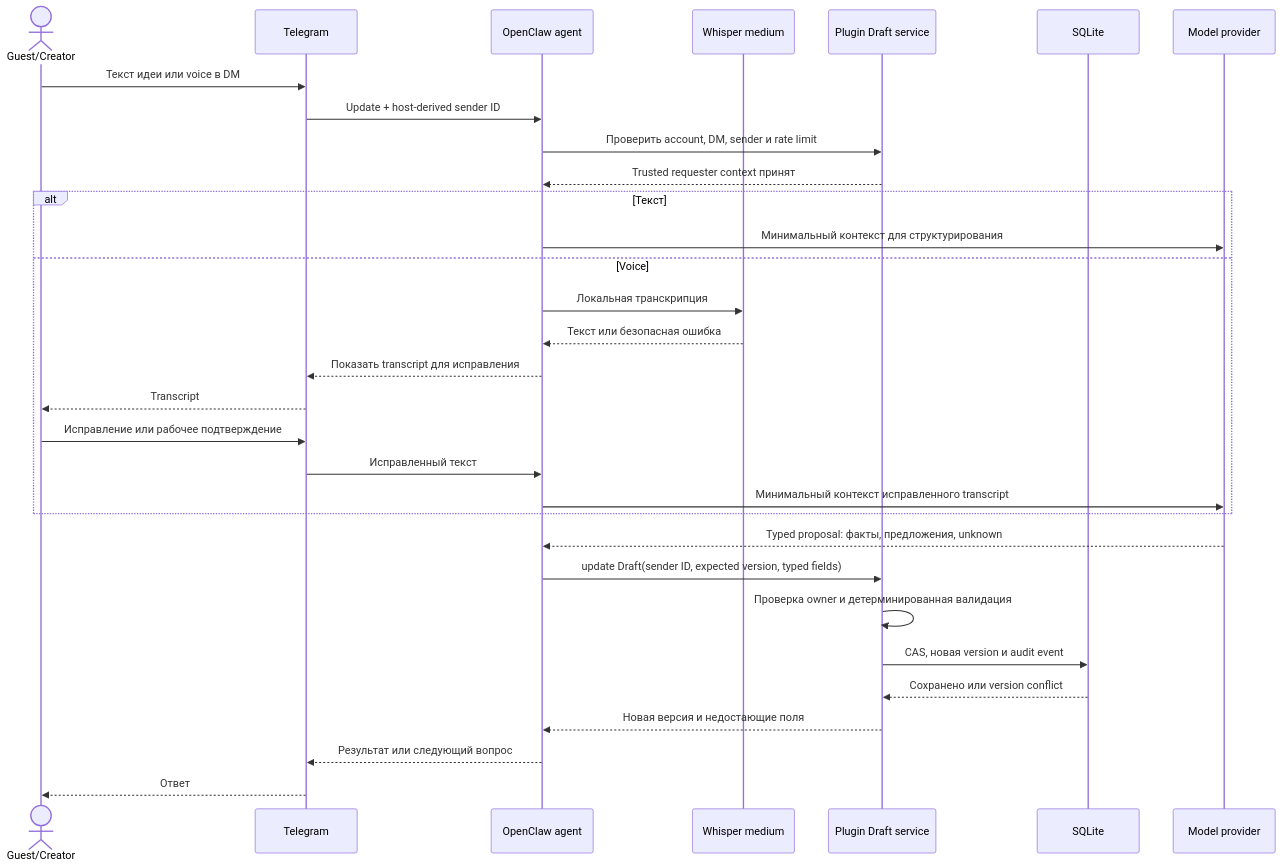
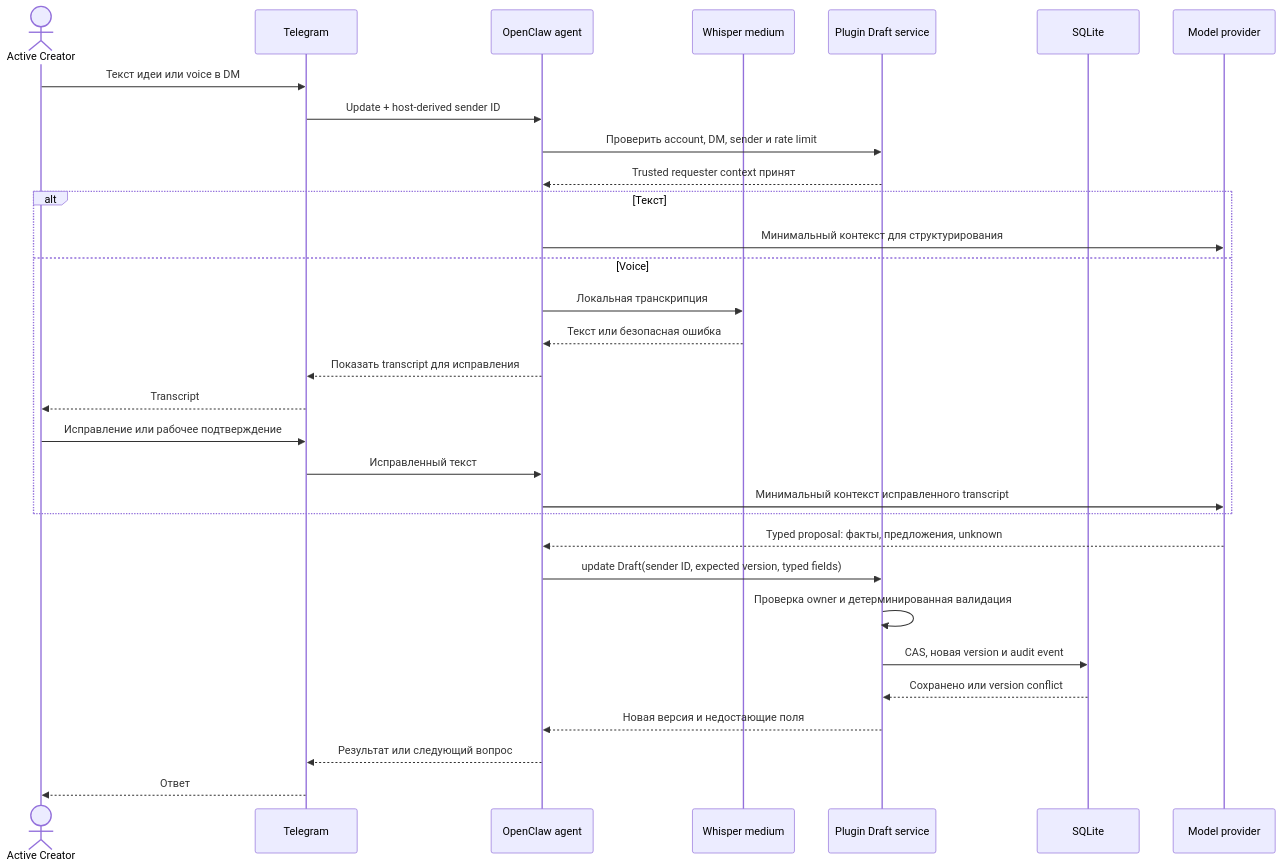
One commit to AI-Agents-account/idea-to-jira changed the fourth of 12 diagrams in ARCHITECTURE.md. Above: the diagram before and after it, drawn with Mermaid. The commit also changed other lines of this file and 24 other files, not shown here.

````diff
--- a/ARCHITECTURE.md
+++ b/ARCHITECTURE.md
@@ -215,34 +217,34 @@
 ```mermaid
 sequenceDiagram
-    actor U as Guest/Creator
+    actor U as Active Creator
     participant T as Telegram
     participant A as OpenClaw agent
     participant W as Whisper medium
     participant P as Plugin Draft service
     participant D as SQLite
     participant M as Model provider
 
     U->>T: Текст идеи или voice в DM
     T->>A: Update + host-derived sender ID
     A->>P: Проверить account, DM, sender и rate limit
     P-->>A: Trusted requester context принят
     alt Текст
       A->>M: Минимальный контекст для структурирования
     else Voice
       A->>W: Локальная транскрипция
       W-->>A: Текст или безопасная ошибка
       A-->>T: Показать transcript для исправления
       T-->>U: Transcript
       U->>T: Исправление или рабочее подтверждение
       T->>A: Исправленный текст
       A->>M: Минимальный контекст исправленного transcript
     end
     M-->>A: Typed proposal: факты, предложения, unknown
     A->>P: update Draft(sender ID, expected version, typed fields)
     P->>P: Проверка owner и детерминированная валидация
     P->>D: CAS, новая version и audit event
     D-->>P: Сохранено или version conflict
     P-->>A: Новая версия и недостающие поля
     A-->>T: Результат или следующий вопрос
     T-->>U: Ответ
 ```
````
